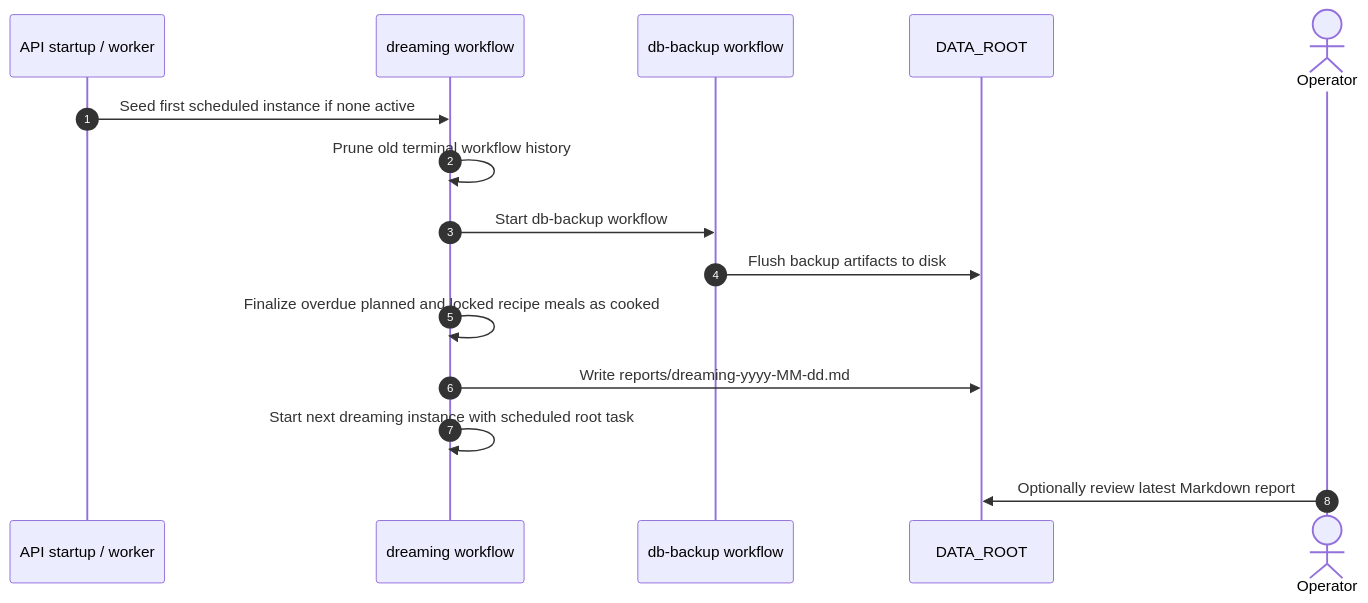
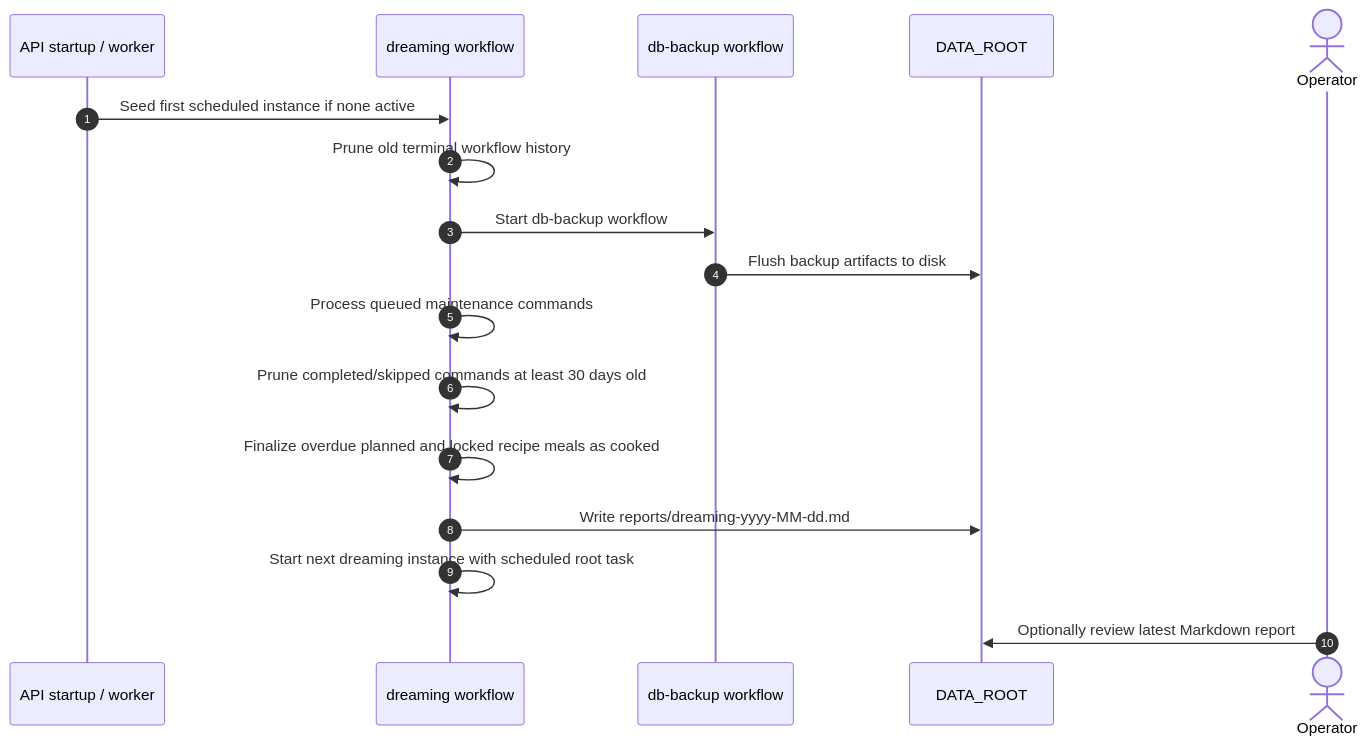
The first of 2 diagrams in docs/flows/user-flows/dreaming-maintenance-operations.md (AlexandreBrisebois/whats-for-supper), drawn with Mermaid before and after one commit. The commit also changed other lines of this file and 16 other files, not shown here.

Commit message:
feat(maintenance): prune terminal command history

````diff
--- a/docs/flows/user-flows/dreaming-maintenance-operations.md
+++ b/docs/flows/user-flows/dreaming-maintenance-operations.md
@@ -9,18 +9,20 @@
 ```mermaid
 sequenceDiagram
     autonumber
     participant API as API startup / worker
     participant Dreaming as dreaming workflow
     participant Backup as db-backup workflow
     participant DataRoot as DATA_ROOT
     actor Operator
 
     API->>Dreaming: Seed first scheduled instance if none active
     Dreaming->>Dreaming: Prune old terminal workflow history
     Dreaming->>Backup: Start db-backup workflow
     Backup->>DataRoot: Flush backup artifacts to disk
+    Dreaming->>Dreaming: Process queued maintenance commands
+    Dreaming->>Dreaming: Prune completed/skipped commands at least 30 days old
     Dreaming->>Dreaming: Finalize overdue planned and locked recipe meals as cooked
     Dreaming->>DataRoot: Write reports/dreaming-yyyy-MM-dd.md
     Dreaming->>Dreaming: Start next dreaming instance with scheduled root task
     Operator->>DataRoot: Optionally review latest Markdown report
 ```
````
